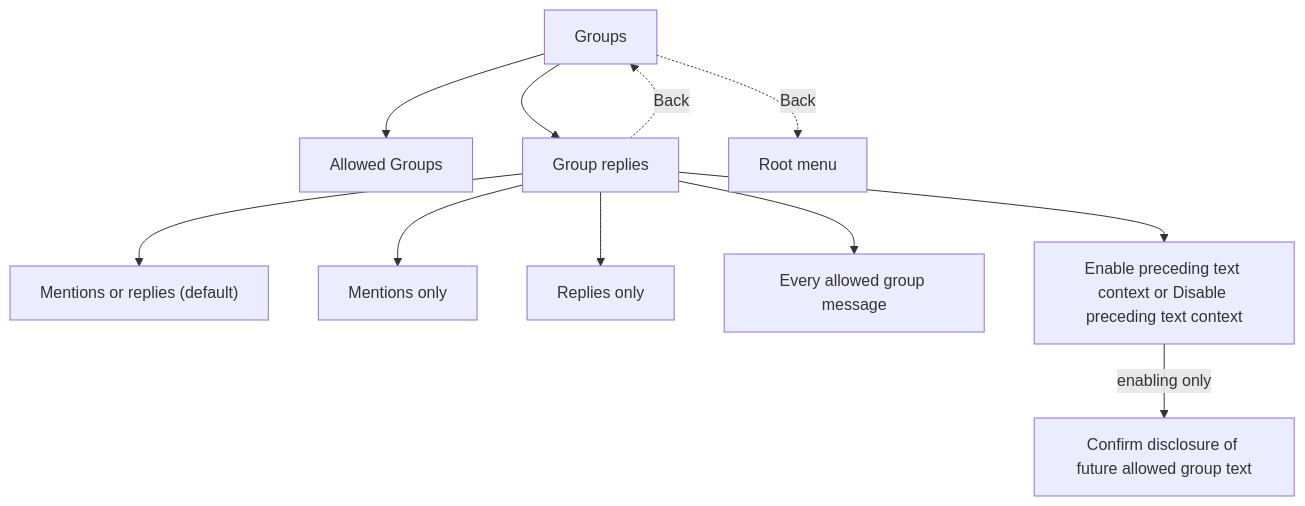
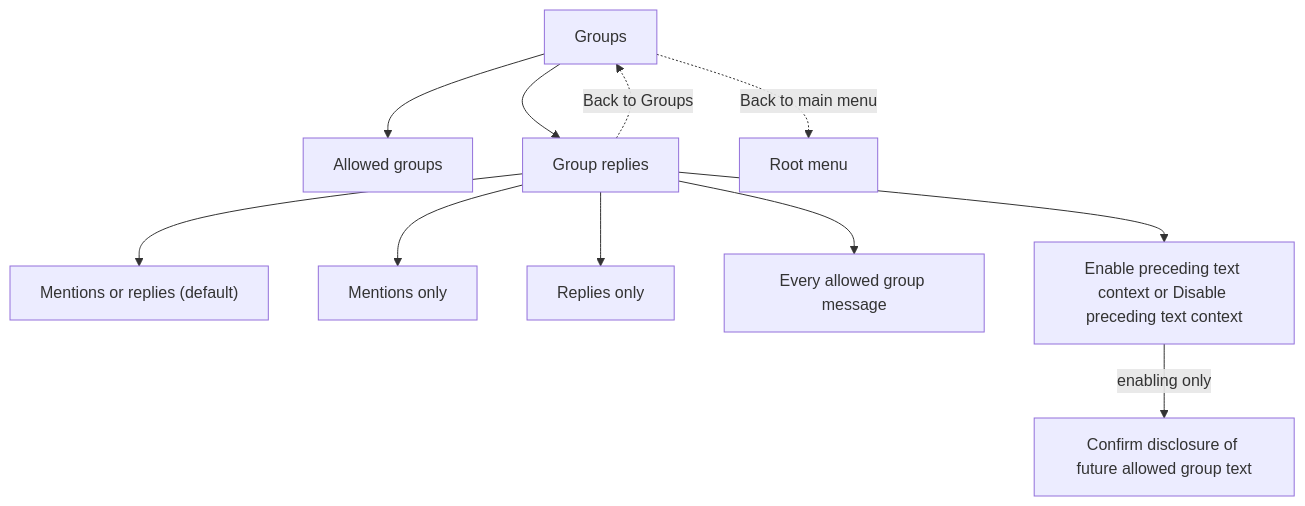
One commit to jagaliano/whatsapp-ng changed the tenth of 11 diagrams in docs/menu-diagrams.md. Above: the diagram before and after it, drawn with Mermaid. The commit also changed other lines of this file and 33 other files, not shown here.

````diff
--- a/docs/menu-diagrams.md
+++ b/docs/menu-diagrams.md
@@ -263,13 +264,13 @@
 ```mermaid
 flowchart TB
-    Groups["Groups"] --> Allowed["Allowed Groups"]
+    Groups["Groups"] --> Allowed["Allowed groups"]
     Groups --> Policy["Group replies"]
     Policy --> Default["Mentions or replies (default)"]
     Policy --> Mentions["Mentions only"]
     Policy --> Replies["Replies only"]
     Policy --> All["Every allowed group message"]
     Policy --> Context["Enable preceding text context or Disable preceding text context"]
     Context -->|"enabling only"| Confirm["Confirm disclosure of future allowed group text"]
-    Policy -. "Back" .-> Groups
-    Groups -. "Back" .-> Root["Root menu"]
+    Policy -. "Back to Groups" .-> Groups
+    Groups -. "Back to main menu" .-> Root["Root menu"]
 ```
````
